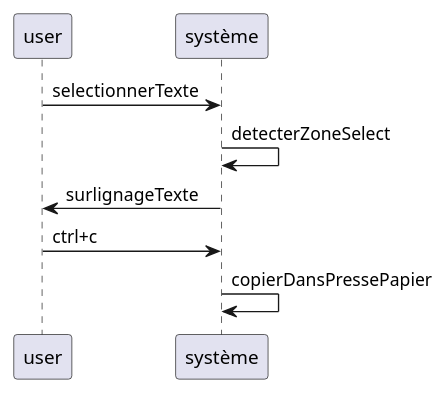
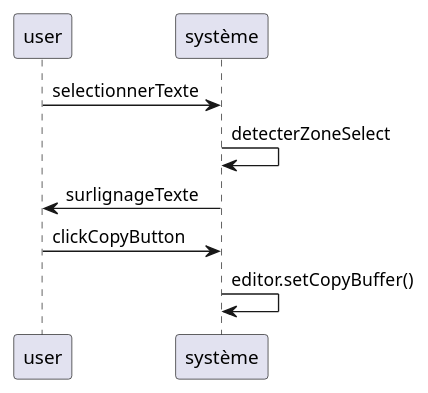
One commit to kiurow590/ESIR2_OMD_Project_Editor changed the diagram in SequenceCopier.puml. Above: the diagram before and after it, drawn with PlantUML. The commit also changed 8 other files, not shown here.

```diff
--- a/SequenceCopier.puml
+++ b/SequenceCopier.puml
@@ -1,10 +1,8 @@
 @startuml
 'https://plantuml.com/sequence-diagram
 user -> système: selectionnerTexte
 système -> système: detecterZoneSelect
 système -> user: surlignageTexte
-user -> système: ctrl+c
-système -> système: copierDansPressePapier
-
-
+user -> système: clickCopyButton
+système -> système: editor.setCopyBuffer()
 @enduml
```
